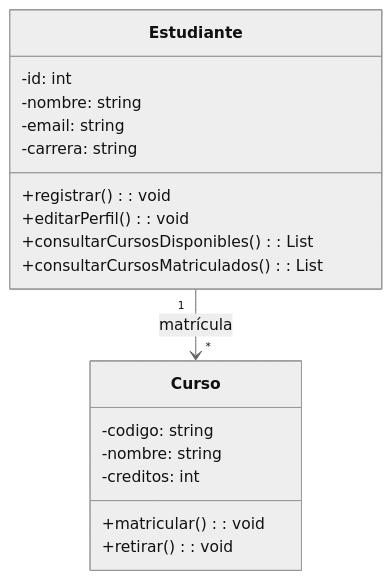
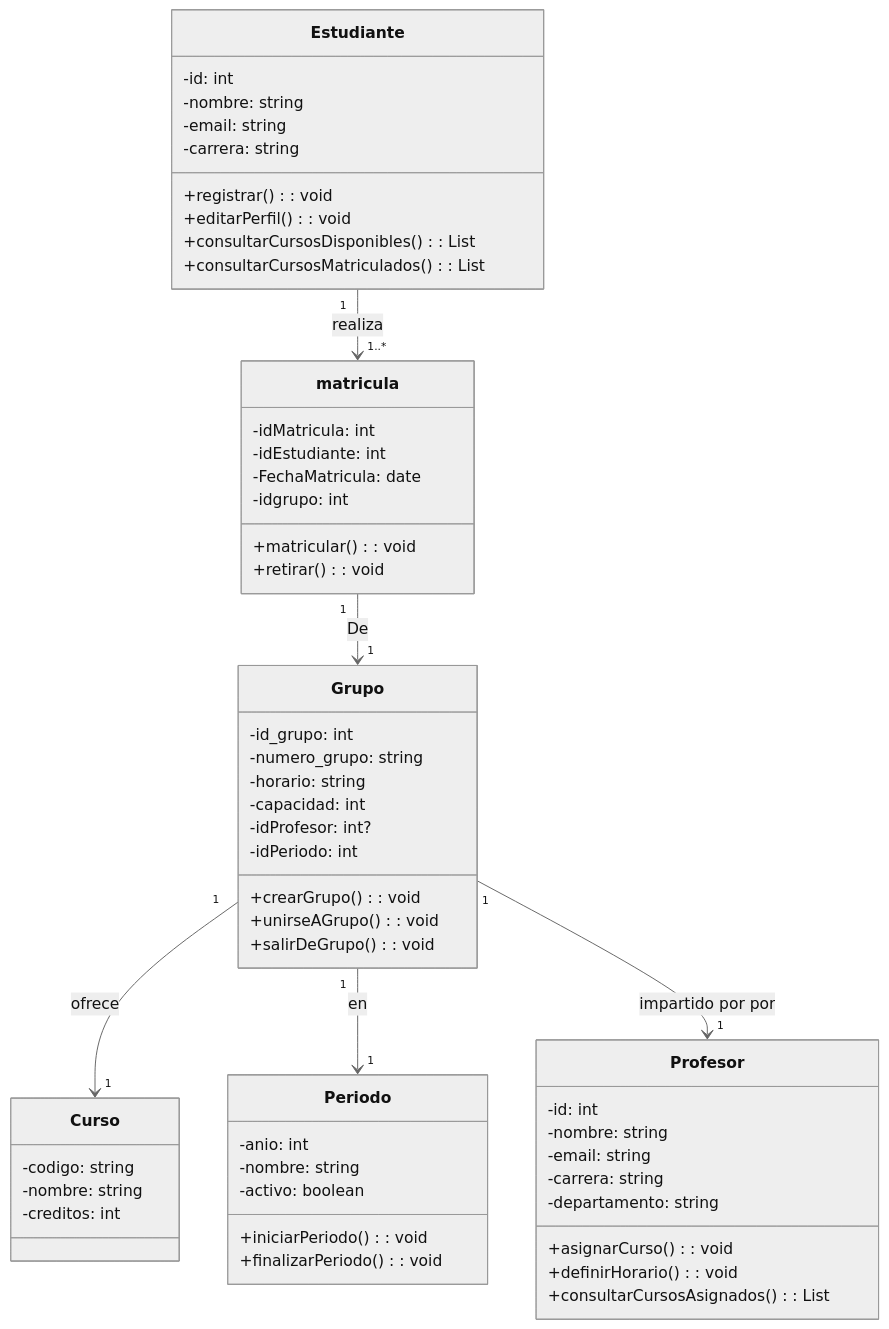
The diagram in Lab 1/Diagrama de clase.mmd (dvss1712/II-51-Laboratorios), drawn with Mermaid (neutral theme) before and after one commit. The commit also changed other lines of this file, not shown here.

```diff
--- a/Lab 1/Diagrama de clase.mmd
+++ b/Lab 1/Diagrama de clase.mmd
@@ -1,21 +1,64 @@
 classDiagram
     class Estudiante {
         -id: int
         -nombre: string
         -email: string
         -carrera: string
         +registrar(): void
         +editarPerfil(): void
         +consultarCursosDisponibles(): List<Curso>
         +consultarCursosMatriculados(): List<Curso>
     }
  
     class Curso {
         -codigo: string
         -nombre: string
         -creditos: int
+    }
+
+    class Periodo {
+        -anio: int
+        -nombre: string
+        -activo: boolean
+        +iniciarPeriodo(): void
+        +finalizarPeriodo(): void
+    }
+    
+
+    class Profesor {
+        -id: int
+        -nombre: string
+        -email: string
+        -carrera: string
+        -departamento: string
+        +asignarCurso(): void
+        +definirHorario(): void
+        +consultarCursosAsignados(): List<Curso>
+    }
+
+
+    class matricula {
+        -idMatricula: int
+        -idEstudiante: int
+        -FechaMatricula: date
+        -idgrupo: int
         +matricular(): void
         +retirar(): void
     }
- 
-    Estudiante "1" --> "*" Curso : matrícula
+    class Grupo {
+        -id_grupo: int
+        -numero_grupo: string
+        -horario: string
+        -capacidad: int
+        -idProfesor: int?
+        -idPeriodo: int
+        +crearGrupo(): void
+        +unirseAGrupo(): void
+        +salirDeGrupo(): void
+    }
+   
+    Grupo "1" --> "1" Curso : ofrece
+    Grupo "1" --> "1" Periodo : en
+    Grupo "1" --> "1" Profesor : impartido por por
+    Estudiante "1" --> "1..*" matricula : realiza
+    matricula "1" --> "1" Grupo : De 
```
